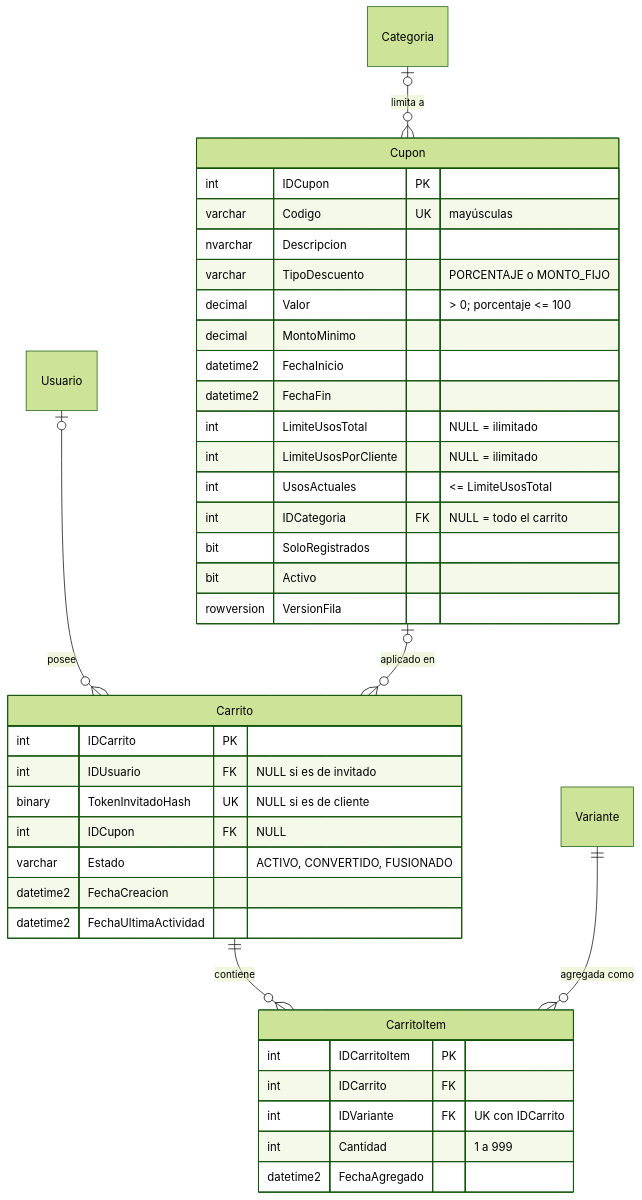
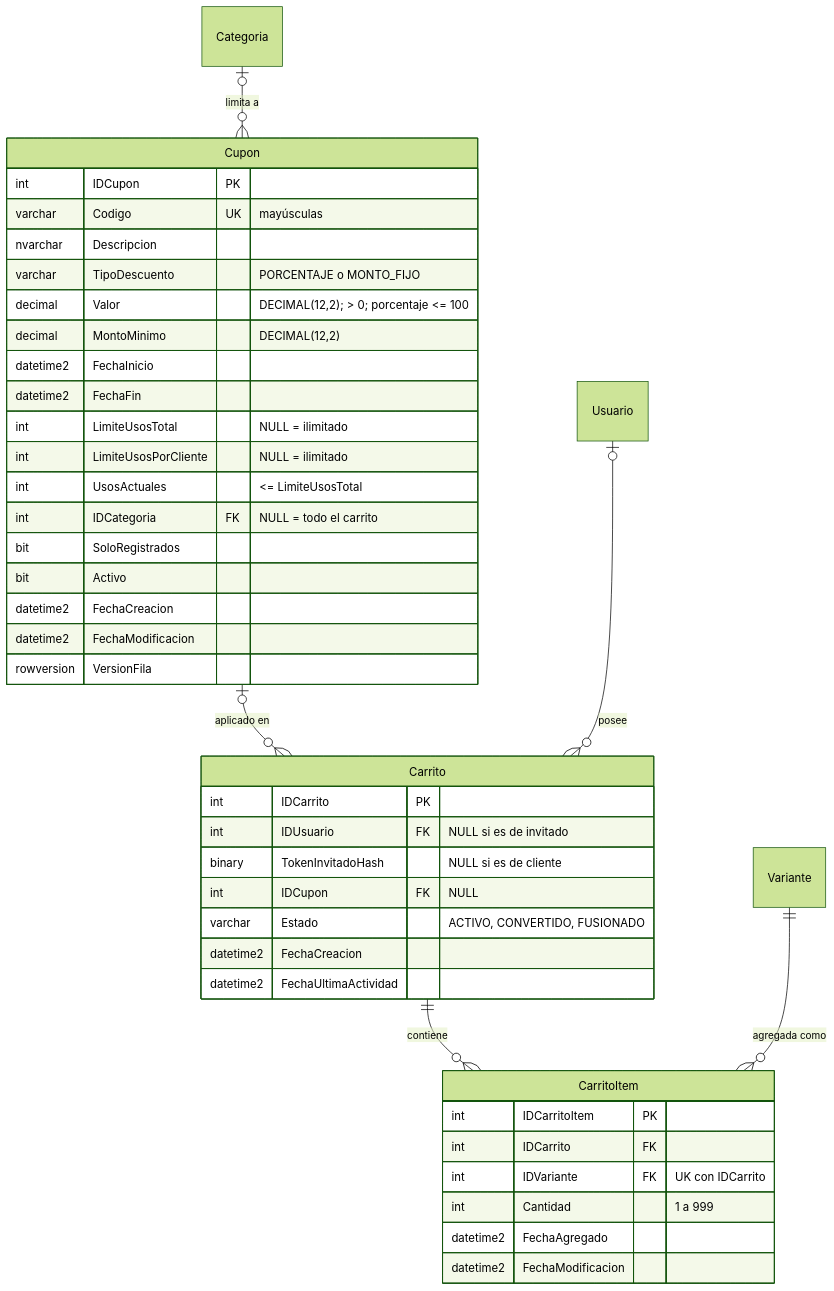
One commit to aMarvinQ/ShopCart changed the sixth of 9 diagrams in docs/ER.md. Above: the diagram before and after it, drawn with Mermaid (forest theme). The commit also changed other lines of this file and 3 other files, not shown here.

````diff
--- a/docs/ER.md
+++ b/docs/ER.md
@@ -202,42 +300,45 @@
 ```mermaid
 erDiagram
-    Categoria |o--o{ Cupon : "limita a"
+    Cupon |o--o{ Carrito : "aplicado en"
     Usuario |o--o{ Carrito : "posee"
-    Cupon |o--o{ Carrito : "aplicado en"
     Carrito ||--o{ CarritoItem : "contiene"
     Variante ||--o{ CarritoItem : "agregada como"
+    Categoria |o--o{ Cupon : "limita a"
 
     Cupon {
         int IDCupon PK
         varchar Codigo UK "mayúsculas"
         nvarchar Descripcion
         varchar TipoDescuento "PORCENTAJE o MONTO_FIJO"
-        decimal Valor "> 0; porcentaje <= 100"
-        decimal MontoMinimo
+        decimal Valor "DECIMAL(12,2); > 0; porcentaje <= 100"
+        decimal MontoMinimo "DECIMAL(12,2)"
         datetime2 FechaInicio
         datetime2 FechaFin
         int LimiteUsosTotal "NULL = ilimitado"
         int LimiteUsosPorCliente "NULL = ilimitado"
         int UsosActuales "<= LimiteUsosTotal"
         int IDCategoria FK "NULL = todo el carrito"
         bit SoloRegistrados
         bit Activo
+        datetime2 FechaCreacion
+        datetime2 FechaModificacion
         rowversion VersionFila
     }
     Carrito {
         int IDCarrito PK
         int IDUsuario FK "NULL si es de invitado"
-        binary TokenInvitadoHash UK "NULL si es de cliente"
+        binary TokenInvitadoHash "NULL si es de cliente"
         int IDCupon FK "NULL"
         varchar Estado "ACTIVO, CONVERTIDO, FUSIONADO"
         datetime2 FechaCreacion
         datetime2 FechaUltimaActividad
     }
     CarritoItem {
         int IDCarritoItem PK
         int IDCarrito FK
         int IDVariante FK "UK con IDCarrito"
         int Cantidad "1 a 999"
         datetime2 FechaAgregado
+        datetime2 FechaModificacion
     }
 ```
````
